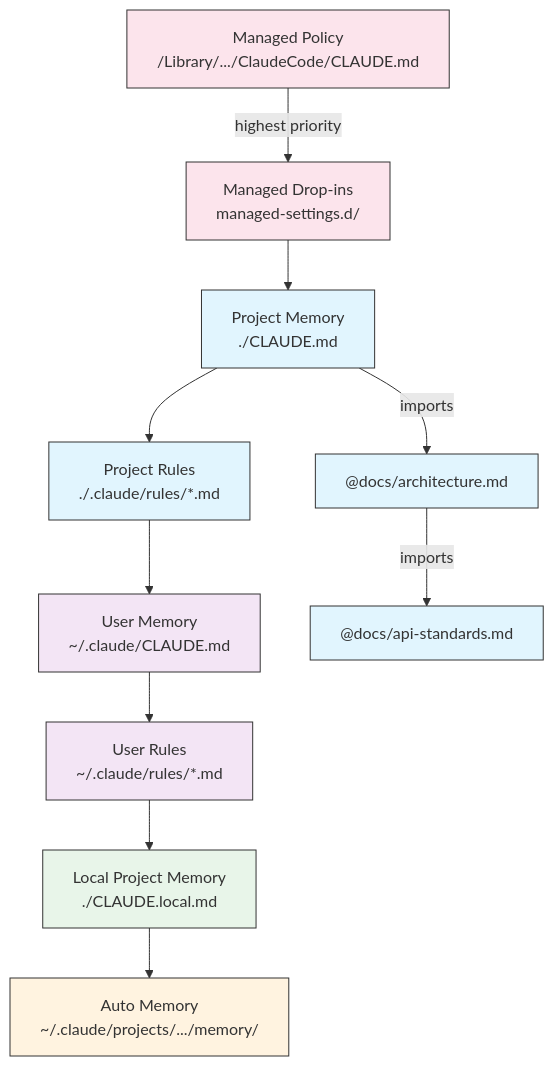
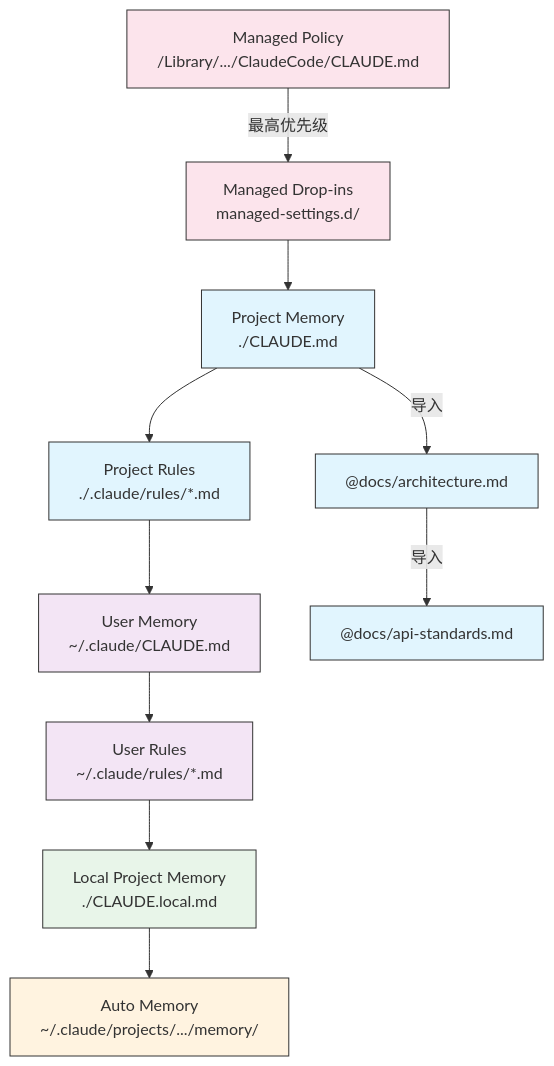
The second of 5 diagrams in 02-memory/README.md (hellojoju/claude-code-lesson), drawn with Mermaid before and after one commit. The commit also changed other lines of this file and 9 other files, not shown here.

````diff
--- a/02-memory/README.md
+++ b/02-memory/README.md
@@ -270,24 +270,24 @@
 ```mermaid
 graph TD
-    A["Managed Policy<br/>/Library/.../ClaudeCode/CLAUDE.md"] -->|highest priority| A2["Managed Drop-ins<br/>managed-settings.d/"]
+    A["Managed Policy<br/>/Library/.../ClaudeCode/CLAUDE.md"] -->|最高优先级| A2["Managed Drop-ins<br/>managed-settings.d/"]
     A2 --> B["Project Memory<br/>./CLAUDE.md"]
     B --> C["Project Rules<br/>./.claude/rules/*.md"]
     C --> D["User Memory<br/>~/.claude/CLAUDE.md"]
     D --> E["User Rules<br/>~/.claude/rules/*.md"]
     E --> F["Local Project Memory<br/>./CLAUDE.local.md"]
     F --> G["Auto Memory<br/>~/.claude/projects/.../memory/"]
 
-    B -->|imports| H["@docs/architecture.md"]
-    H -->|imports| I["@docs/api-standards.md"]
+    B -->|导入| H["@docs/architecture.md"]
+    H -->|导入| I["@docs/api-standards.md"]
 
     style A fill:#fce4ec,stroke:#333,color:#333
     style A2 fill:#fce4ec,stroke:#333,color:#333
     style B fill:#e1f5fe,stroke:#333,color:#333
     style C fill:#e1f5fe,stroke:#333,color:#333
     style D fill:#f3e5f5,stroke:#333,color:#333
     style E fill:#f3e5f5,stroke:#333,color:#333
     style F fill:#e8f5e9,stroke:#333,color:#333
     style G fill:#fff3e0,stroke:#333,color:#333
     style H fill:#e1f5fe,stroke:#333,color:#333
     style I fill:#e1f5fe,stroke:#333,color:#333
 ```
````
